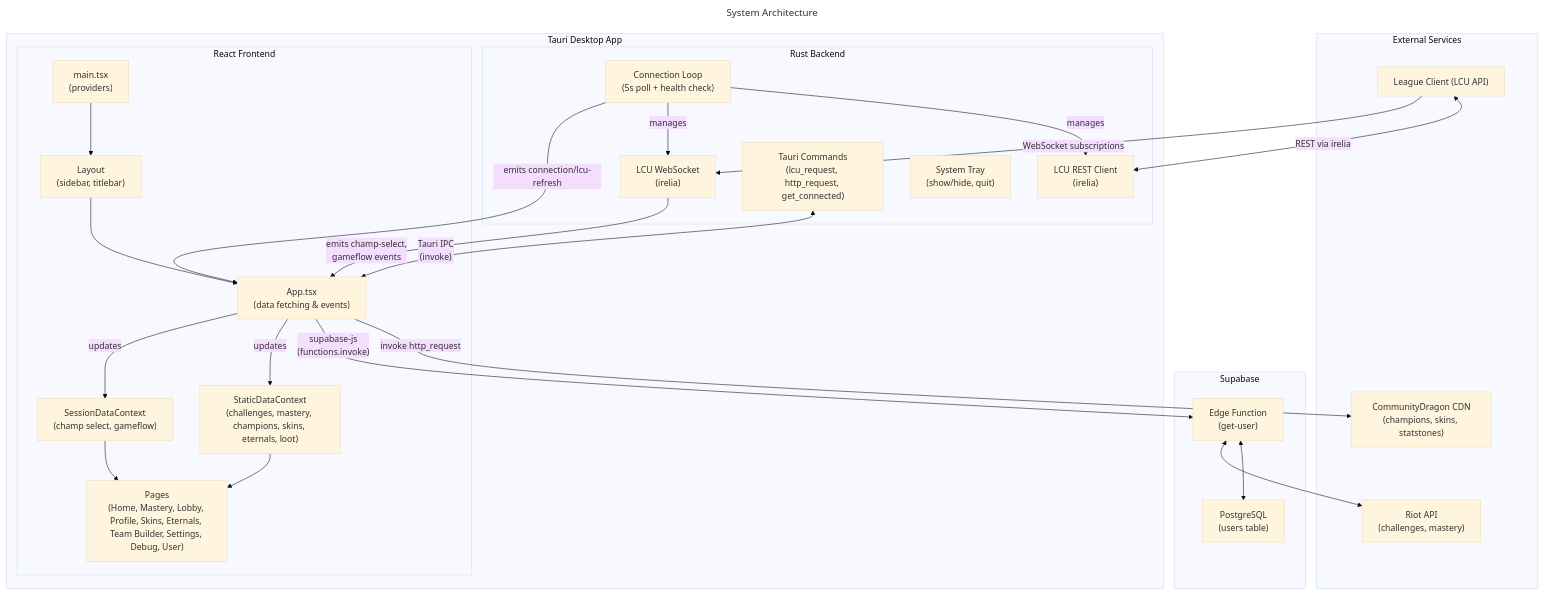
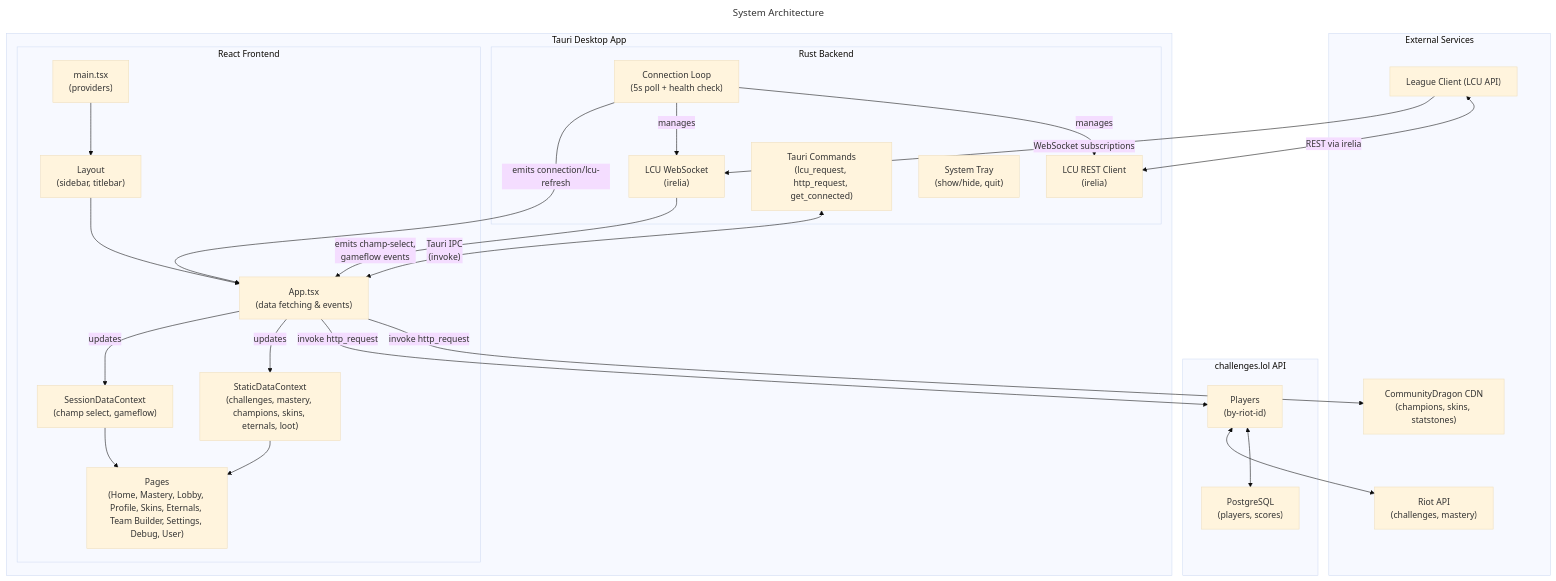
One commit to sivir/crystal changed the first of 3 diagrams in README.md. Above: the diagram before and after it, drawn with Mermaid (base theme). The commit also changed 5 other files, not shown here.

Commit message:
feat(api): use challenges.lol player API instead of Supabase

````diff
--- a/README.md
+++ b/README.md
@@ -22,54 +22,54 @@
 ```mermaid
 ---
 title: System Architecture
 ---
 flowchart TD
     subgraph External["External Services"]
         LCU["League Client (LCU API)"]
         RIOT["Riot API\n(challenges, mastery)"]
         CDRAGON["CommunityDragon CDN\n(champions, skins, statstones)"]
     end
 
-    subgraph Supabase["Supabase"]
-        EDGE["Edge Function\n(get-user)"]
-        PG["PostgreSQL\n(users table)"]
-        EDGE <--> PG
-        EDGE <--> RIOT
+    subgraph CrystalAPI["challenges.lol API"]
+        PLAYERS["Players\n(by-riot-id)"]
+        PG["PostgreSQL\n(players, scores)"]
+        PLAYERS <--> PG
+        PLAYERS <--> RIOT
     end
 
     subgraph Tauri["Tauri Desktop App"]
         subgraph Rust["Rust Backend"]
             LCU_REST["LCU REST Client\n(irelia)"]
             LCU_WS["LCU WebSocket\n(irelia)"]
             CONN_LOOP["Connection Loop\n(5s poll + health check)"]
             CMDS["Tauri Commands\n(lcu_request, http_request, get_connected)"]
             TRAY["System Tray\n(show/hide, quit)"]
         end
 
         subgraph Frontend["React Frontend"]
             MAIN["main.tsx\n(providers)"]
             APP["App.tsx\n(data fetching & events)"]
             CTX_STATIC["StaticDataContext\n(challenges, mastery, champions, skins, eternals, loot)"]
             CTX_SESSION["SessionDataContext\n(champ select, gameflow)"]
             LAYOUT["Layout\n(sidebar, titlebar)"]
             PAGES["Pages\n(Home, Mastery, Lobby, Profile, Skins, Eternals, Team Builder, Settings, Debug, User)"]
         end
     end
 
     LCU <-->|REST via irelia| LCU_REST
     LCU -->|WebSocket subscriptions| LCU_WS
     CONN_LOOP -->|manages| LCU_REST
     CONN_LOOP -->|manages| LCU_WS
     CONN_LOOP -->|emits connection/lcu-refresh| APP
 
     LCU_WS -->|"emits champ-select,\ngameflow events"| APP
     CMDS <-->|"Tauri IPC\n(invoke)"| APP
 
     APP -->|"invoke http_request"| CDRAGON
-    APP -->|"supabase-js\n(functions.invoke)"| EDGE
+    APP -->|"invoke http_request"| PLAYERS
     APP -->|updates| CTX_STATIC
     APP -->|updates| CTX_SESSION
     CTX_STATIC --> PAGES
     CTX_SESSION --> PAGES
     MAIN --> LAYOUT --> APP
 ```
````
